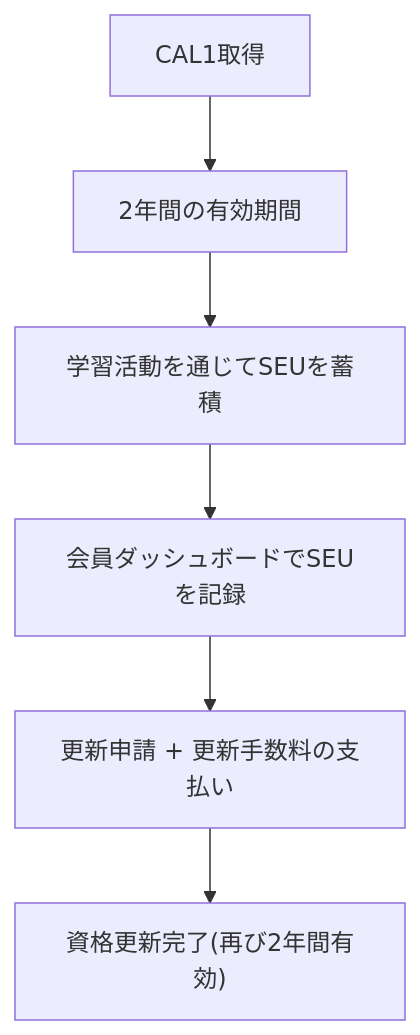
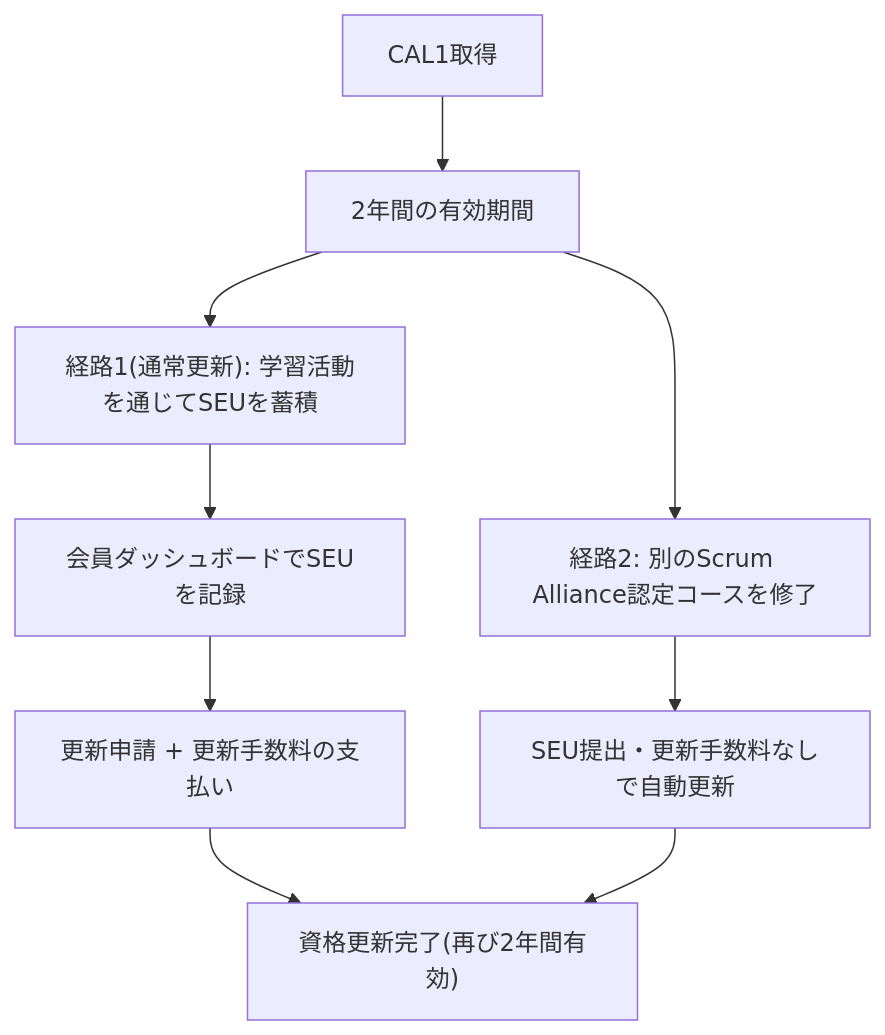
The sixth of 7 diagrams in Cal1-certified-agile-leader-1-guide.md (myoshi2891/Management-Team-Building-Studies), drawn with Mermaid before and after one commit. The commit also changed other lines of this file, not shown here.

````diff
--- a/Cal1-certified-agile-leader-1-guide.md
+++ b/Cal1-certified-agile-leader-1-guide.md
@@ -261,8 +261,11 @@
 ```mermaid
 flowchart TD
     A["CAL1取得"] --> B["2年間の有効期間"]
-    B --> C["学習活動を通じてSEUを蓄積"]
+    B --> C["経路1(通常更新): 学習活動を通じてSEUを蓄積"]
     C --> D["会員ダッシュボードでSEUを記録"]
     D --> E["更新申請 + 更新手数料の支払い"]
     E --> F["資格更新完了(再び2年間有効)"]
+    B --> G["経路2: 別のScrum Alliance認定コースを修了"]
+    G --> H["SEU提出・更新手数料なしで自動更新"]
+    H --> F
 ```
````
